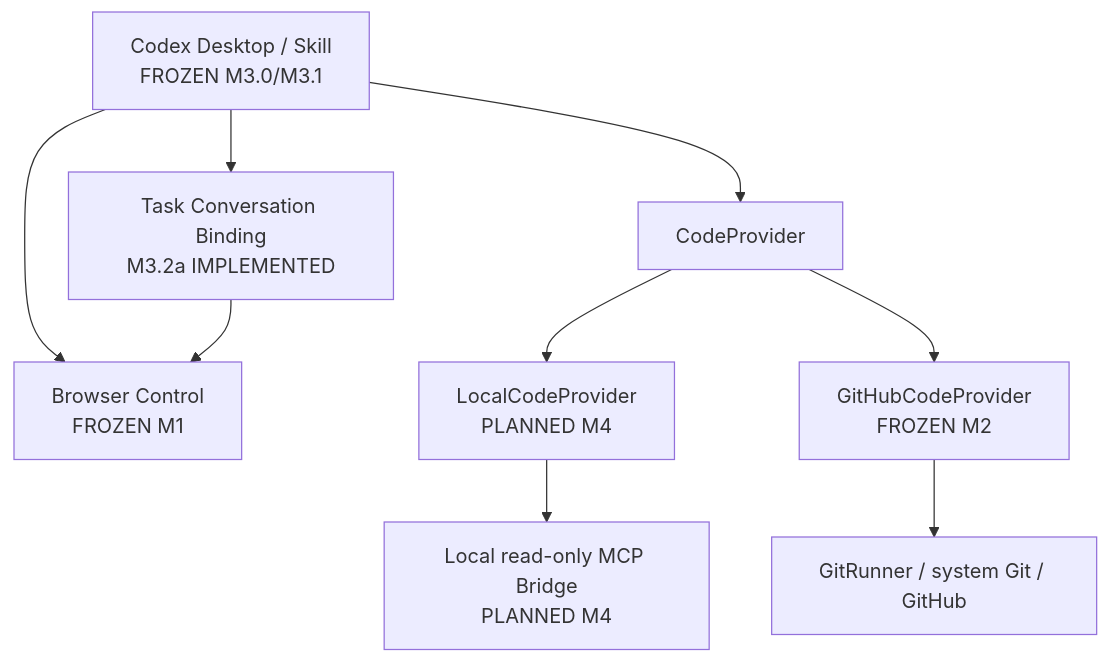
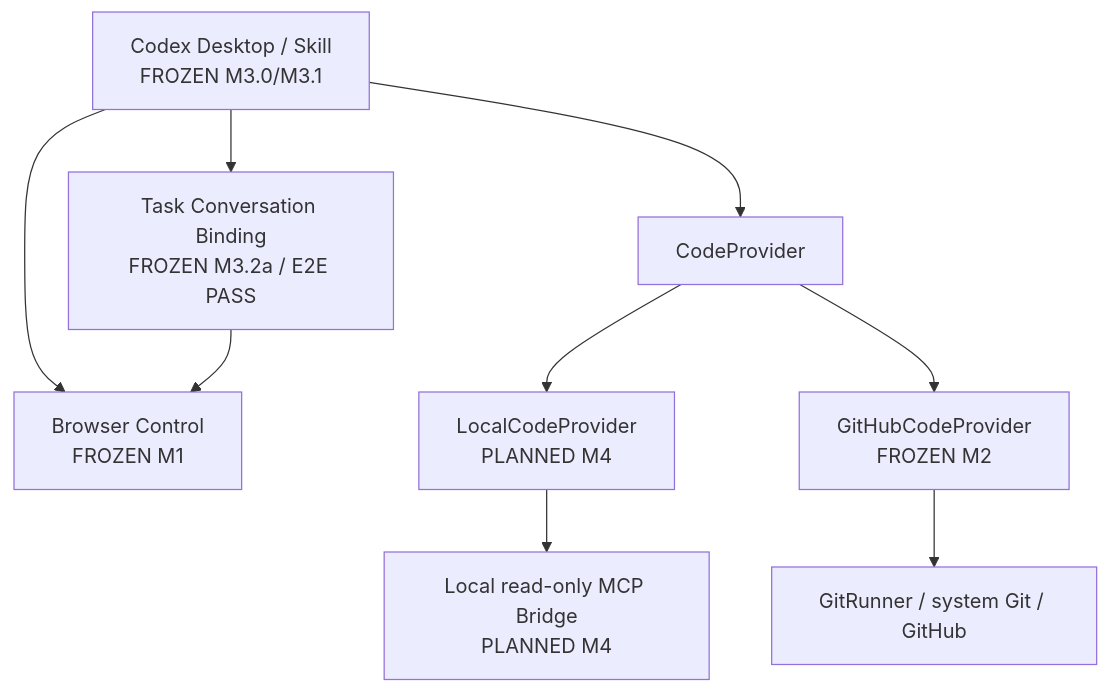
One commit to Jickfu/codex-duet changed the third of 3 diagrams in docs/architecture.md. Above: the diagram before and after it, drawn with Mermaid. The commit also changed other lines of this file and 5 other files, not shown here.

````diff
--- a/docs/architecture.md
+++ b/docs/architecture.md
@@ -53,12 +53,12 @@
 ```mermaid
 flowchart TB
     O[Codex Desktop / Skill<br/>FROZEN M3.0/M3.1]
     O --> B[Browser Control<br/>FROZEN M1]
-    O --> T[Task Conversation Binding<br/>M3.2a IMPLEMENTED]
+    O --> T[Task Conversation Binding<br/>FROZEN M3.2a / E2E PASS]
     T --> B
     O --> C[CodeProvider]
     C --> L[LocalCodeProvider<br/>PLANNED M4]
     C --> G[GitHubCodeProvider<br/>FROZEN M2]
     L --> M[Local read-only MCP Bridge<br/>PLANNED M4]
     G --> Git[GitRunner / system Git / GitHub]
 ```
````
